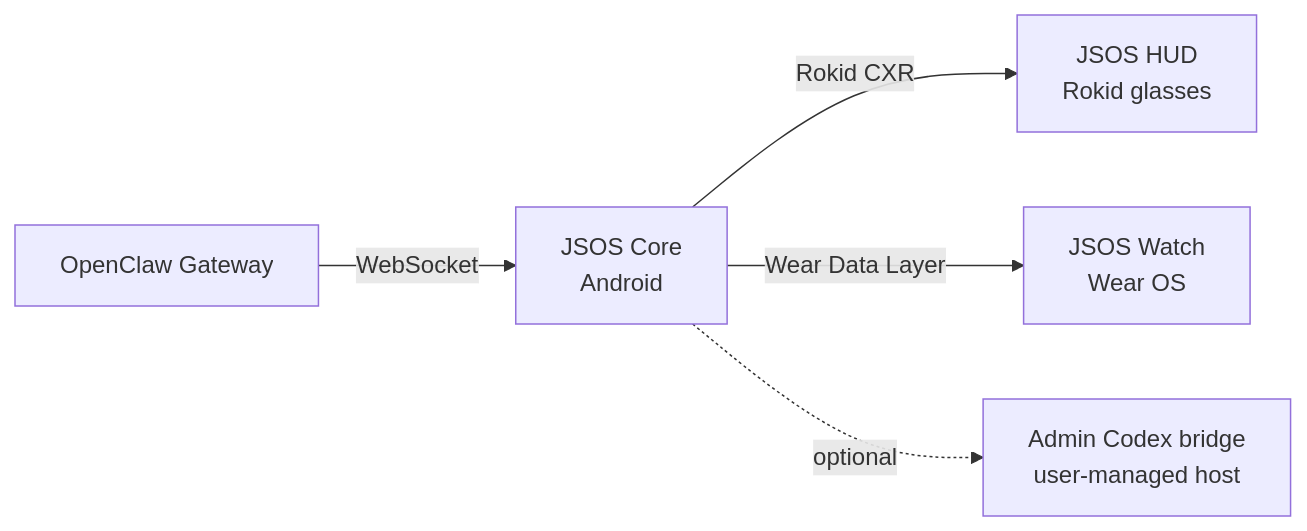
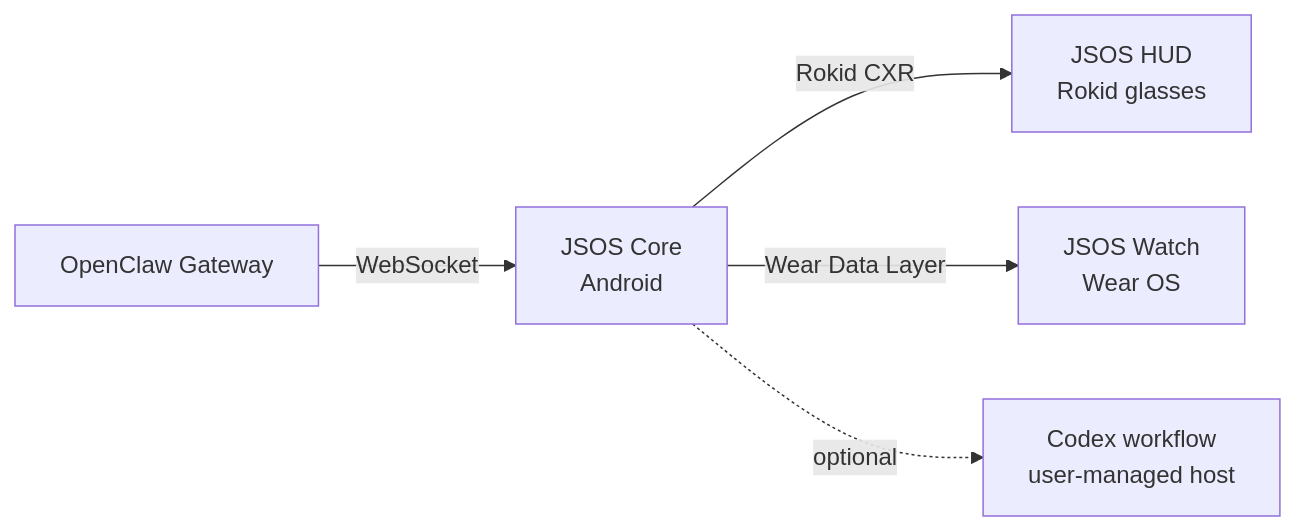
The diagram in README.md (IWhatsskill/JSOS), drawn with Mermaid before and after one commit. The commit also changed other lines of this file, not shown here.

Commit message:
docs: refresh README for OpenClaw and Codex

````diff
--- a/README.md
+++ b/README.md
@@ -85,7 +130,7 @@
 ```mermaid
 flowchart LR
     OC["OpenClaw Gateway"] -->|WebSocket| CORE["JSOS Core<br/>Android"]
     CORE -->|Rokid CXR| HUD["JSOS HUD<br/>Rokid glasses"]
     CORE -->|Wear Data Layer| WATCH["JSOS Watch<br/>Wear OS"]
-    CORE -. optional .-> CODEX["Admin Codex bridge<br/>user-managed host"]
+    CORE -. optional .-> CODEX["Codex workflow<br/>user-managed host"]
 ```
````
